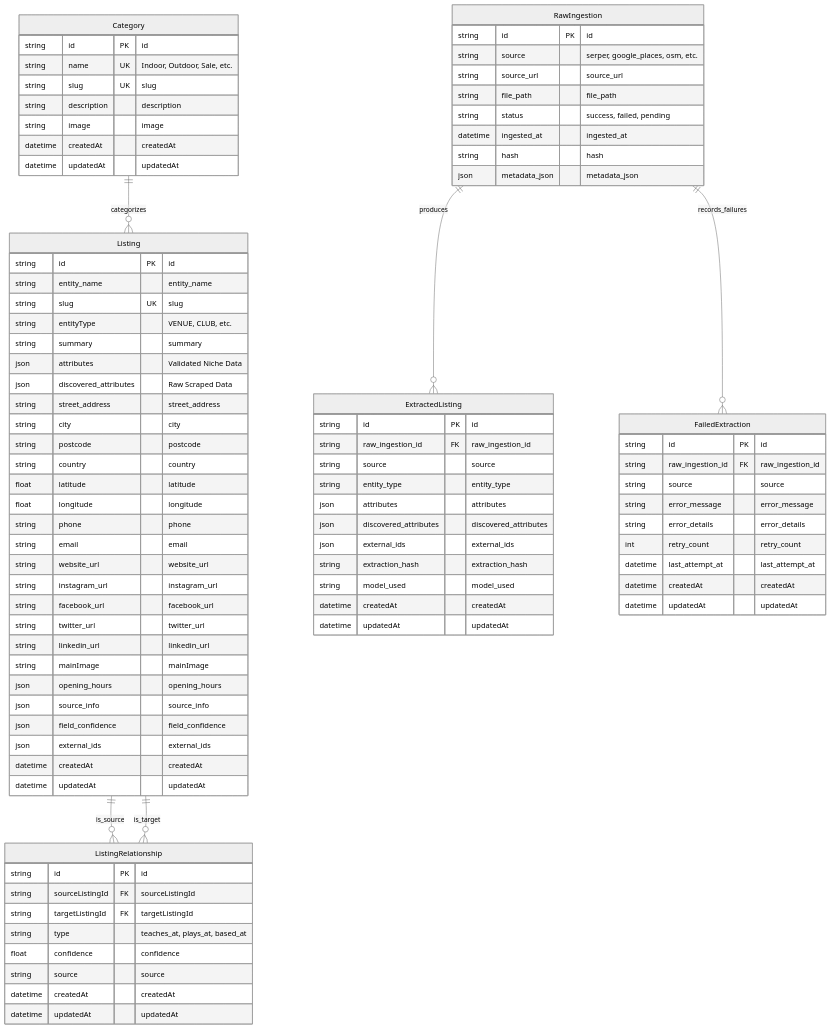
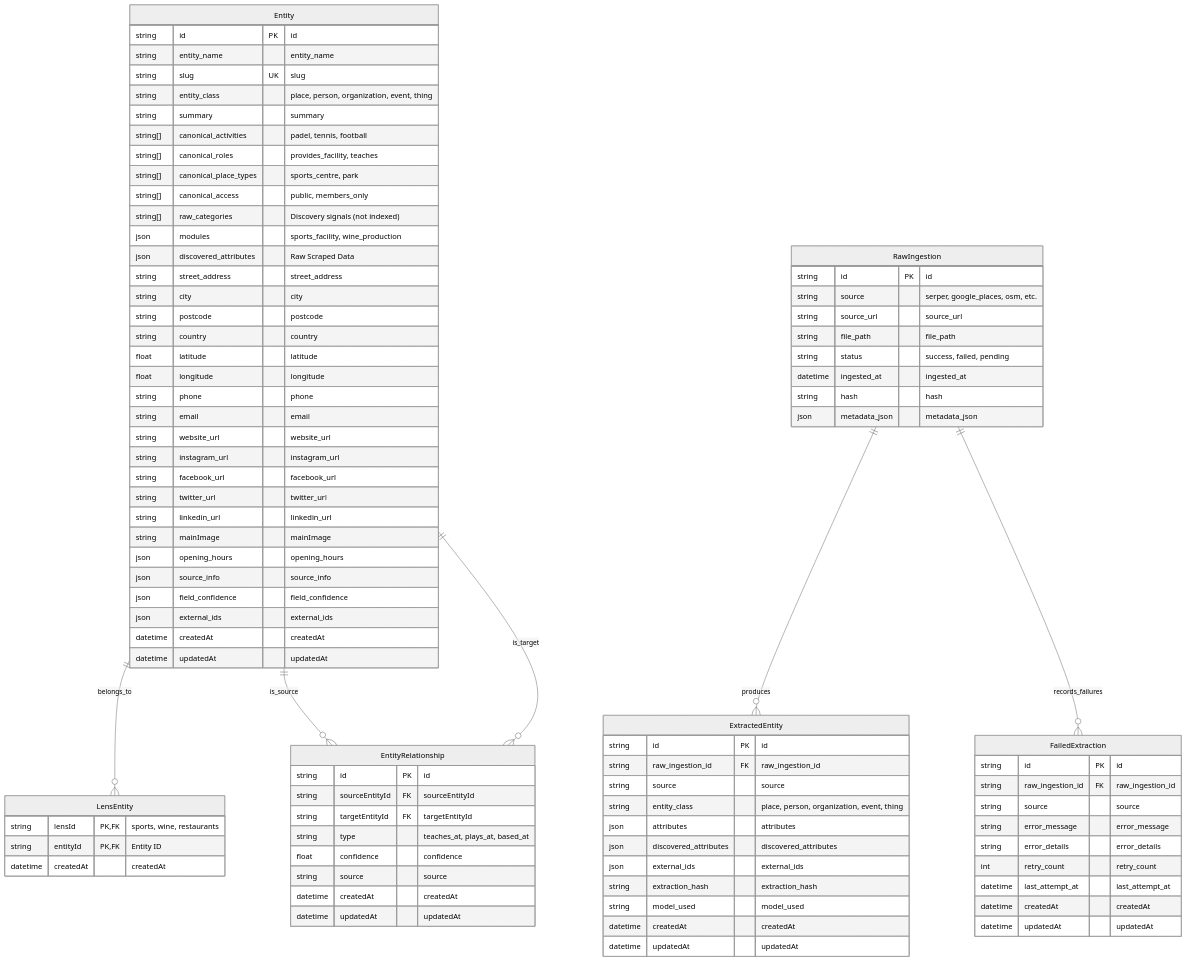
Before and after one commit to LarjGit/edinburgh-finds: the first of 4 diagrams in ARCHITECTURE.md, drawn with Mermaid (neutral theme). The commit also changed other lines of this file and 1 other file, not shown here.

````diff
--- a/ARCHITECTURE.md
+++ b/ARCHITECTURE.md
@@ -55,38 +55,35 @@
 ```mermaid
 erDiagram
-    %% Core Schema (Implemented)
-    Category ||--o{ Listing : "categorizes"
+    %% Lens Membership (Implemented)
+    Entity ||--o{ LensEntity : "belongs_to"
 
     %% Ecosystem Graph (Schema Implemented, Population Logic Future)
-    Listing ||--o{ ListingRelationship : "is_source"
-    Listing ||--o{ ListingRelationship : "is_target"
+    Entity ||--o{ EntityRelationship : "is_source"
+    Entity ||--o{ EntityRelationship : "is_target"
 
     %% Extraction Pipeline (Implemented)
-    RawIngestion ||--o{ ExtractedListing : "produces"
+    RawIngestion ||--o{ ExtractedEntity : "produces"
     RawIngestion ||--o{ FailedExtraction : "records_failures"
 
-    %% Enum Definition (Conceptual)
-    %% EntityType Enum: VENUE, RETAILER, COACH, INSTRUCTOR, CLUB, LEAGUE, EVENT, TOURNAMENT
+    %% Universal Classification
+    %% entity_class: place, person, organization, event, thing
 
-    Category {
-        string id PK "id"
-        string name UK "Indoor, Outdoor, Sale, etc."
-        string slug UK "slug"
-        string description "description"
-        string image "image"
-        datetime createdAt "createdAt"
-        datetime updatedAt "updatedAt"
-    }
-
-    Listing {
+    Entity {
         string id PK "id"
         string entity_name "entity_name"
         string slug UK "slug"
-        string entityType "VENUE, CLUB, etc."
+        string entity_class "place, person, organization, event, thing"
         string summary "summary"
 
-        %% Flexible Attribute Buckets
-        json attributes "Validated Niche Data"
+        %% Dimension Arrays (interpreted by lenses)
+        string[] canonical_activities "padel, tennis, football"
+        string[] canonical_roles "provides_facility, teaches"
+        string[] canonical_place_types "sports_centre, park"
+        string[] canonical_access "public, members_only"
+        string[] raw_categories "Discovery signals (not indexed)"
+
+        %% Flexible Modules (lens-specific data structures)
+        json modules "sports_facility, wine_production"
         json discovered_attributes "Raw Scraped Data"
 
         %% Core Structured Data
@@ -119,10 +116,16 @@
         datetime updatedAt "updatedAt"
     }
 
-    ListingRelationship {
+    LensEntity {
+        string lensId PK,FK "sports, wine, restaurants"
+        string entityId PK,FK "Entity ID"
+        datetime createdAt "createdAt"
+    }
+
+    EntityRelationship {
         string id PK "id"
-        string sourceListingId FK "sourceListingId"
-        string targetListingId FK "targetListingId"
+        string sourceEntityId FK "sourceEntityId"
+        string targetEntityId FK "targetEntityId"
         string type "teaches_at, plays_at, based_at"
         float confidence "confidence"
         string source "source"
@@ -141,11 +144,11 @@
         json metadata_json "metadata_json"
     }
 
-    ExtractedListing {
+    ExtractedEntity {
         string id PK "id"
         string raw_ingestion_id FK "raw_ingestion_id"
         string source "source"
-        string entity_type "entity_type"
+        string entity_class "place, person, organization, event, thing"
         json attributes "attributes"
         json discovered_attributes "discovered_attributes"
         json external_ids "external_ids"
````
